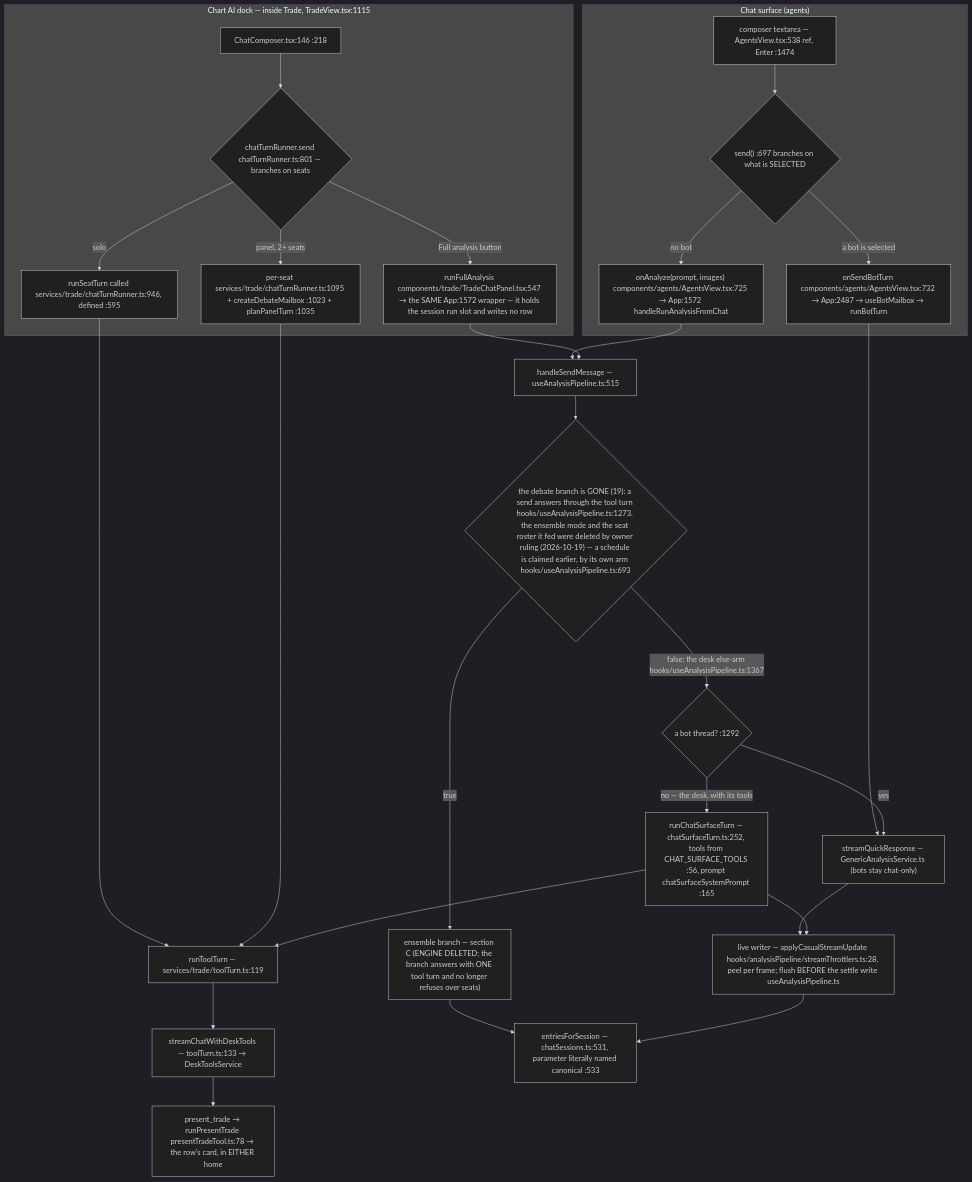
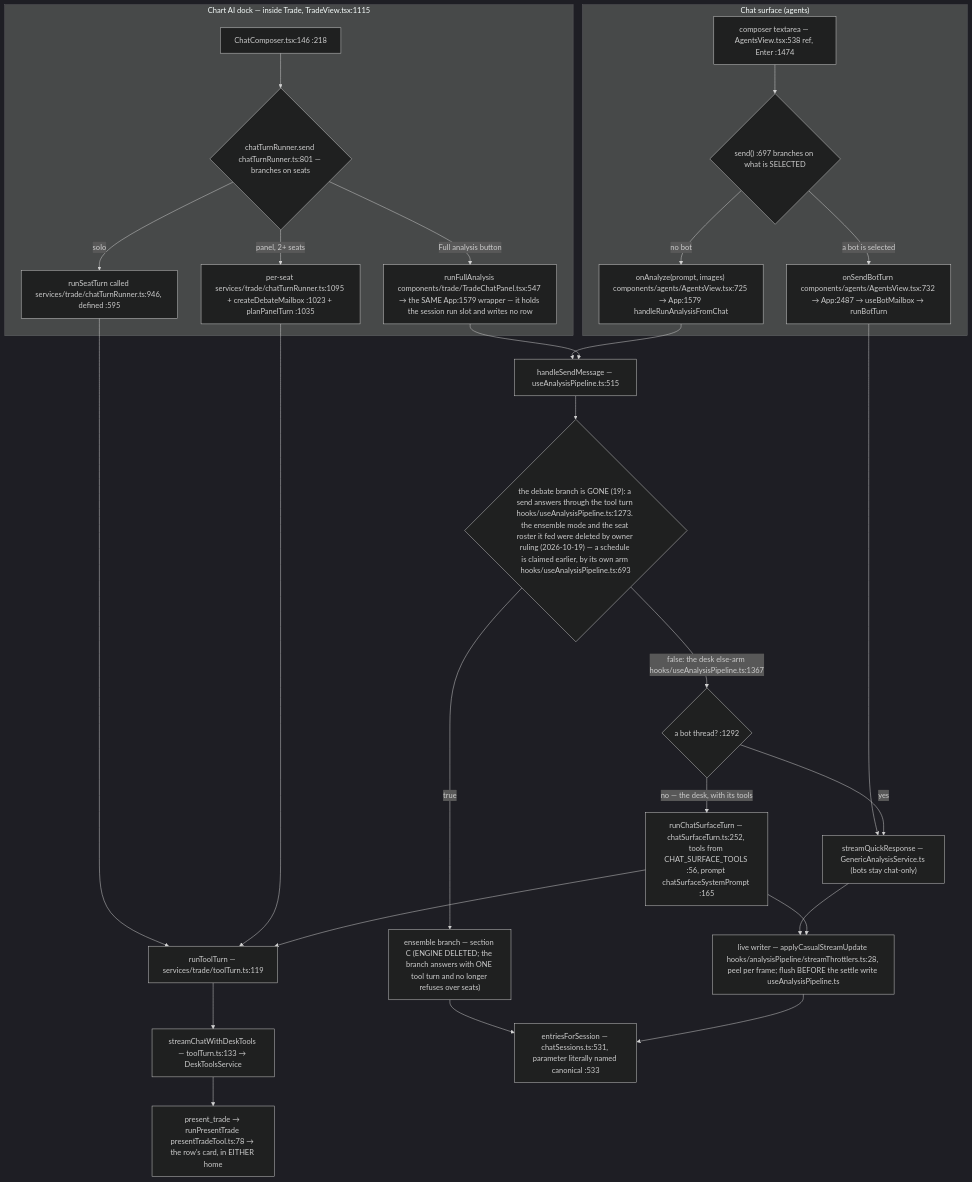
One commit to Acepay25/august-3.5 changed the second of 7 diagrams in docs/app-flow.md. Above: the diagram before and after it, drawn with Mermaid (dark theme). The commit also changed other lines of this file and 35 other files, not shown here.

````diff
--- a/docs/app-flow.md
+++ b/docs/app-flow.md
@@ -61,31 +61,31 @@
 ```mermaid
 flowchart TD
     subgraph CHAT["Chat surface (agents)"]
         CB["composer textarea — AgentsView.tsx:538 ref, Enter :1474"] --> D1{"send() :697 branches on what is SELECTED"}
         D1 -->|a bot is selected| BOT["onSendBotTurn components/agents/AgentsView.tsx:732 → App:2487 → useBotMailbox → runBotTurn"]
-        D1 -->|no bot| AN["onAnalyze(prompt, images) components/agents/AgentsView.tsx:725 → App:1572 handleRunAnalysisFromChat"]
+        D1 -->|no bot| AN["onAnalyze(prompt, images) components/agents/AgentsView.tsx:725 → App:1579 handleRunAnalysisFromChat"]
     end
     subgraph DOCK["Chart AI dock — inside Trade, TradeView.tsx:1115"]
         DC["ChatComposer.tsx:146 :218"] --> D2{"chatTurnRunner.send chatTurnRunner.ts:801 — branches on seats"}
         D2 -->|solo| SO["runSeatTurn called services/trade/chatTurnRunner.ts:946, defined :595"]
         D2 -->|panel, 2+ seats| PN["per-seat services/trade/chatTurnRunner.ts:1095 + createDebateMailbox :1023 + planPanelTurn :1035"]
-        D2 -->|Full analysis button| FA["runFullAnalysis components/trade/TradeChatPanel.tsx:547 → the SAME App:1572 wrapper — it holds the session run slot and writes no row"]
+        D2 -->|Full analysis button| FA["runFullAnalysis components/trade/TradeChatPanel.tsx:547 → the SAME App:1579 wrapper — it holds the session run slot and writes no row"]
     end
     SO --> TT["runToolTurn — services/trade/toolTurn.ts:119"]
     PN --> TT
     TT --> SCDT["streamChatWithDeskTools — toolTurn.ts:133 → DeskToolsService"]
     BOT --> TR["streamQuickResponse — GenericAnalysisService.ts (bots stay chat-only)"]
     AN --> HSM["handleSendMessage — useAnalysisPipeline.ts:515"]
     FA --> HSM
     HSM --> D3{"the debate branch is GONE (19): a send answers through the tool turn hooks/useAnalysisPipeline.ts:1273. the ensemble mode and the seat roster it fed were deleted by owner ruling (2026-10-19) — a schedule is claimed earlier, by its own arm hooks/useAnalysisPipeline.ts:693"}
     D3 -->|true| ENS["ensemble branch — section C (ENGINE DELETED; the branch answers with ONE tool turn and no longer refuses over seats)"]
     D3 -->|false: the desk else-arm hooks/useAnalysisPipeline.ts:1367| SPLIT{"a bot thread? :1292"}
     SPLIT -->|yes| TR
     SPLIT -->|no — the desk, with its tools| CST["runChatSurfaceTurn — chatSurfaceTurn.ts:252, tools from CHAT_SURFACE_TOOLS :56, prompt chatSurfaceSystemPrompt :165"]
     CST --> TT
     TR --> LW["live writer — applyCasualStreamUpdate hooks/analysisPipeline/streamThrottlers.ts:28, peel per frame; flush BEFORE the settle write useAnalysisPipeline.ts"]
     CST --> LW
     ENS --> MERGE
     LW --> MERGE["entriesForSession — chatSessions.ts:531, parameter literally named canonical :533"]
     SCDT --> PT["present_trade → runPresentTrade presentTradeTool.ts:78 → the row's card, in EITHER home"]
 ```
````
